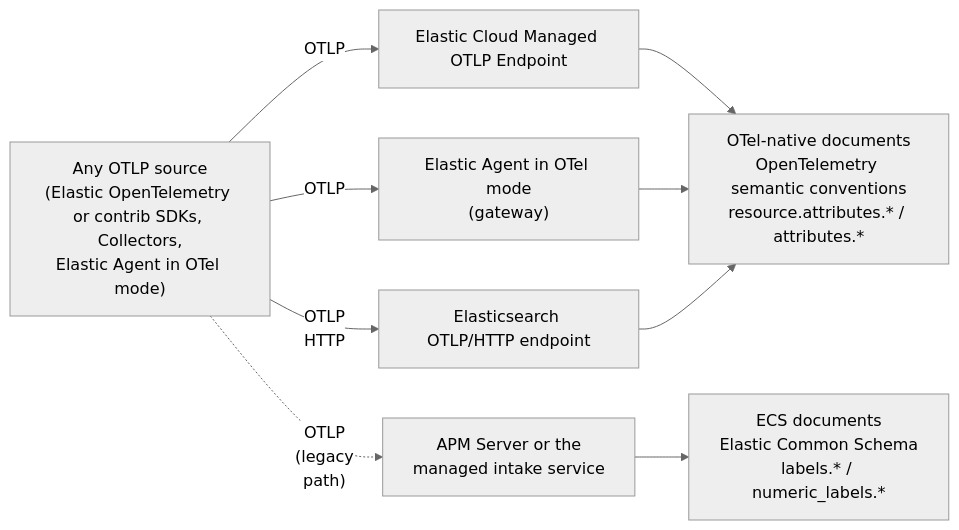
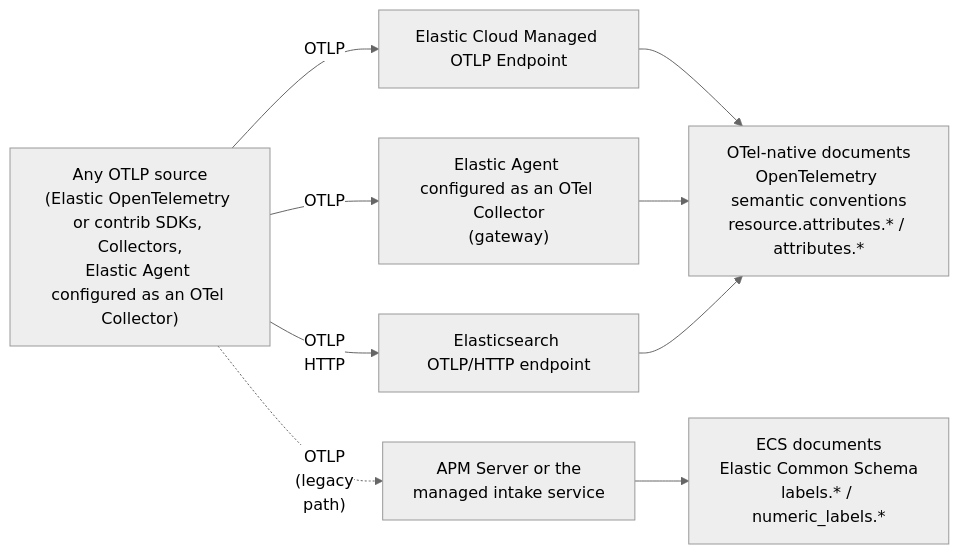
Before and after one commit to elastic/opentelemetry: the diagram in docs/reference/compatibility/data-streams.md, drawn with Mermaid (neutral theme). The commit also changed other lines of this file and 1 other file, not shown here.

````diff
--- a/docs/reference/compatibility/data-streams.md
+++ b/docs/reference/compatibility/data-streams.md
@@ -31,14 +31,14 @@
 ```mermaid
 flowchart LR
-    SRC["Any OTLP source<br/>(Elastic OpenTelemetry or contrib SDKs, Collectors,<br/>Elastic Agent in OTel mode)"]:::plain
+    SRC["Any OTLP source<br/>(Elastic OpenTelemetry or contrib SDKs, Collectors,<br/>Elastic Agent configured as an OTel Collector)"]:::plain
 
     SRC -->|OTLP| MOTLP["Elastic Cloud Managed OTLP Endpoint"]:::plain
-    SRC -->|OTLP| GW["Elastic Agent in OTel mode<br/>(gateway)"]:::plain
+    SRC -->|OTLP| GW["Elastic Agent configured as an OTel Collector<br/>(gateway)"]:::plain
     SRC -->|"OTLP<br/>HTTP"| ESO["Elasticsearch OTLP/HTTP endpoint"]:::plain
     SRC -.->|"OTLP<br/>(legacy<br/>path)"| APM["APM Server or the<br/>managed intake service"]:::warning
 
     MOTLP --> OTEL["OTel-native documents<br/>OpenTelemetry semantic conventions<br/>resource.attributes.* / attributes.*"]:::success
     GW --> OTEL
     ESO --> OTEL
     APM --> ECS["ECS documents<br/>Elastic Common Schema<br/>labels.* / numeric_labels.*"]:::note
 ```
````
